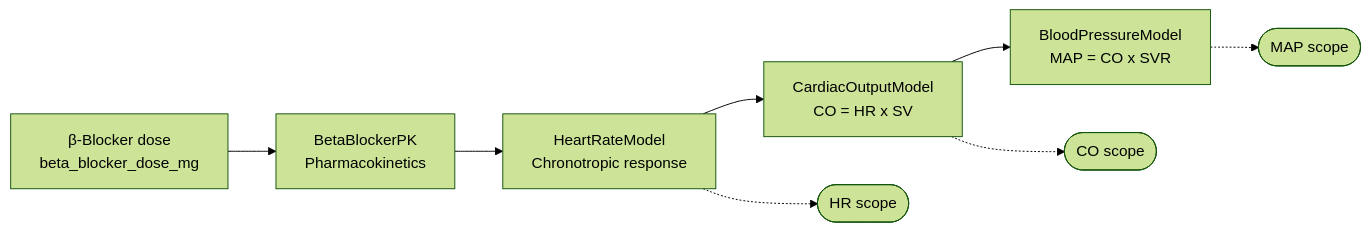
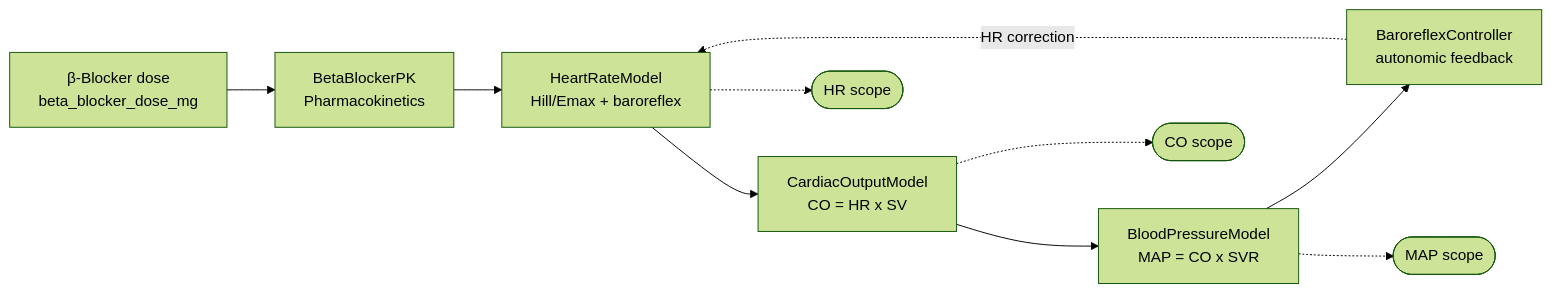
One commit to samueltauil/cardiac-digital-twin changed the diagram in docs/index.md. Above: the diagram before and after it, drawn with Mermaid (forest theme). The commit also changed other lines of this file and 30 other files, not shown here.

````diff
--- a/docs/index.md
+++ b/docs/index.md
@@ -19,10 +19,12 @@
 ```mermaid
 flowchart LR
     D[β-Blocker dose<br/>beta_blocker_dose_mg] --> PK[BetaBlockerPK<br/>Pharmacokinetics]
-    PK --> HR[HeartRateModel<br/>Chronotropic response]
+    PK --> HR[HeartRateModel<br/>Hill/Emax + baroreflex]
     HR --> CO[CardiacOutputModel<br/>CO = HR x SV]
     CO --> MAP[BloodPressureModel<br/>MAP = CO x SVR]
+    MAP --> BARO[BaroreflexController<br/>autonomic feedback]
+    BARO -.->|HR correction| HR
     HR -.-> HRS([HR scope])
     CO -.-> COS([CO scope])
     MAP -.-> MAPS([MAP scope])
 ```
````
